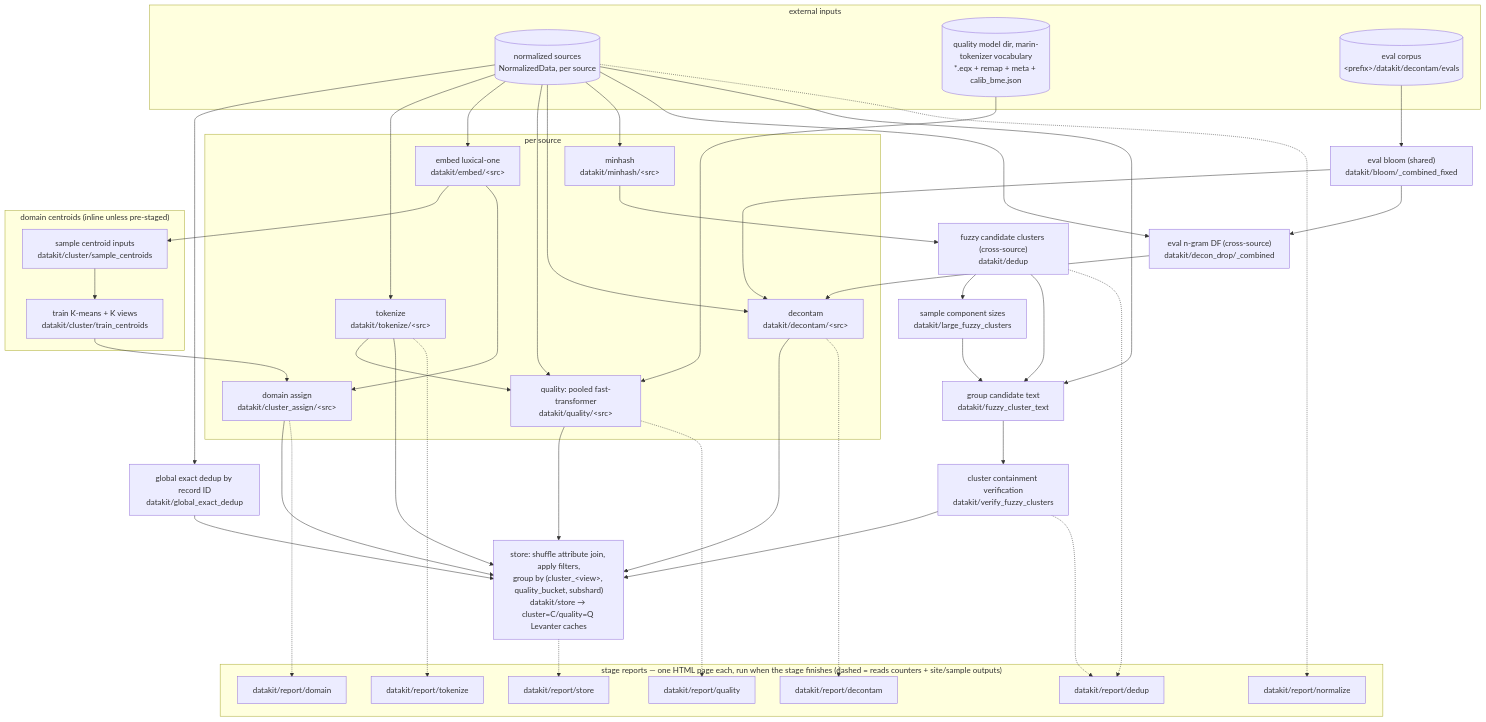
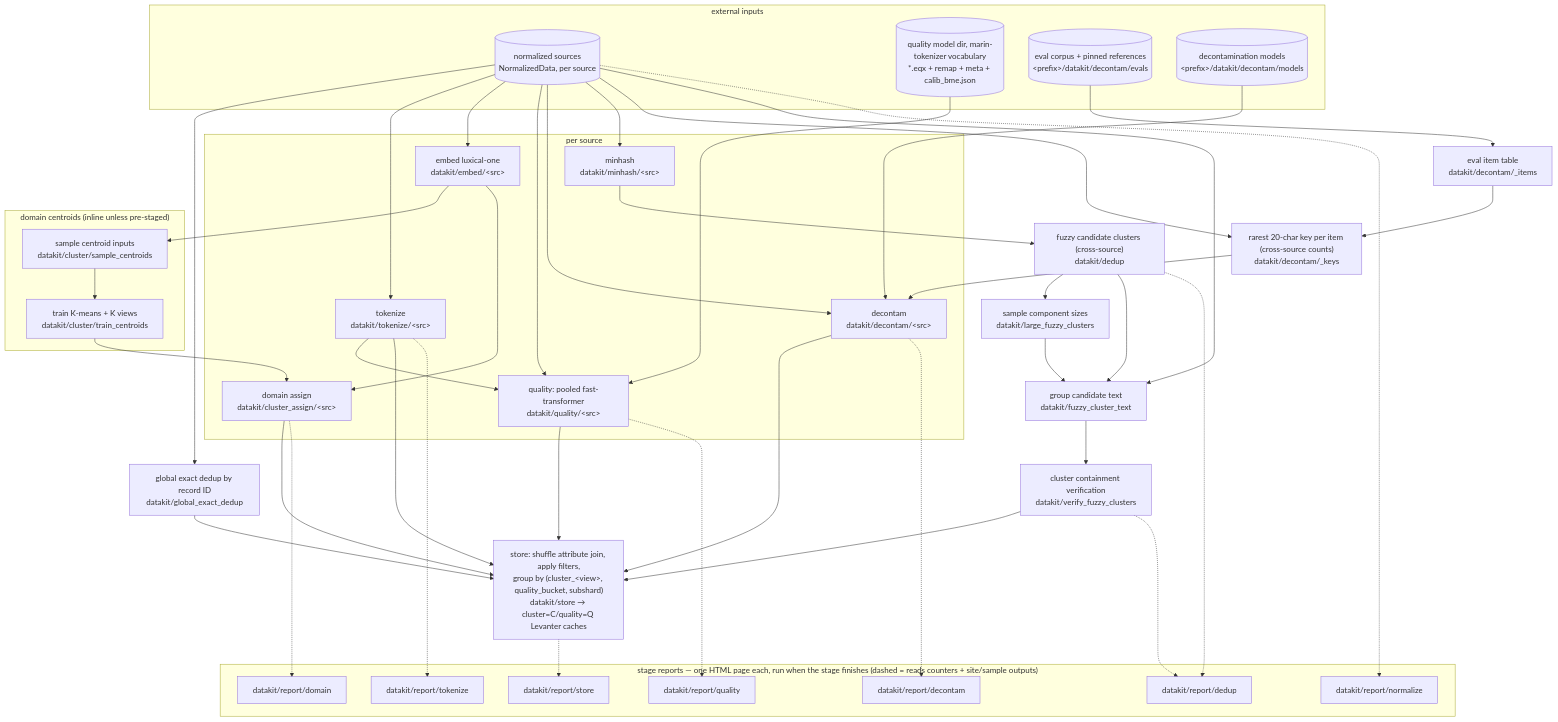
Before and after one commit to marin-community/marin: the diagram in experiments/datakit/README.md, drawn with Mermaid. The commit also changed other lines of this file and 42 other files, not shown here.

First line of the commit message:
[decontam] Replace the bloom filter with the two-stage encoder method

````diff
--- a/experiments/datakit/README.md
+++ b/experiments/datakit/README.md
@@ -93,75 +93,76 @@
 ```mermaid
 flowchart TD
     subgraph inputs["external inputs"]
         SRC[("normalized sources<br/>NormalizedData, per source")]
         MODEL[("quality model dir, marin-tokenizer vocabulary<br/>*.eqx + remap + meta + calib_bme.json")]
-        EVALS[("eval corpus<br/>&lt;prefix&gt;/datakit/decontam/evals")]
+        EVALS[("eval corpus + pinned references<br/>&lt;prefix&gt;/datakit/decontam/evals")]
+        DMODELS[("decontamination models<br/>&lt;prefix&gt;/datakit/decontam/models")]
     end
 
     subgraph per_source["per source"]
         TOK["tokenize<br/>datakit/tokenize/&lt;src&gt;"]
         EMB["embed luxical-one<br/>datakit/embed/&lt;src&gt;"]
         ASG["domain assign<br/>datakit/cluster_assign/&lt;src&gt;"]
         QUAL["quality: pooled fast-transformer<br/>datakit/quality/&lt;src&gt;"]
         DECON["decontam<br/>datakit/decontam/&lt;src&gt;"]
         MH["minhash<br/>datakit/minhash/&lt;src&gt;"]
     end
 
     subgraph domain_model["domain centroids (inline unless pre-staged)"]
         SAMP["sample centroid inputs<br/>datakit/cluster/sample_centroids"]
         KM["train K-means + K views<br/>datakit/cluster/train_centroids"]
     end
 
-    BLOOM["eval bloom (shared)<br/>datakit/bloom/_combined_fixed"]
-    DF["eval n-gram DF (cross-source)<br/>datakit/decon_drop/_combined"]
+    ITEMS["eval item table<br/>datakit/decontam/_items"]
+    KEYS["rarest 20-char key per item (cross-source counts)<br/>datakit/decontam/_keys"]
     EXACT["global exact dedup by record ID<br/>datakit/global_exact_dedup"]
     DEDUP["fuzzy candidate clusters (cross-source)<br/>datakit/dedup"]
     PLAN["sample component sizes<br/>datakit/large_fuzzy_clusters"]
     TEXT["group candidate text<br/>datakit/fuzzy_cluster_text"]
     VERIFY["cluster containment verification<br/>datakit/verify_fuzzy_clusters"]
     STORE["store: shuffle attribute join, apply filters,<br/>group by (cluster_&lt;view&gt;, quality_bucket, subshard)<br/>datakit/store → cluster=C/quality=Q Levanter caches"]
 
     SRC --> EXACT
     SRC --> TOK
     SRC --> EMB
     SRC --> QUAL
     TOK --> QUAL
     SRC --> DECON
     SRC --> MH
     MODEL --> QUAL
-    EVALS --> BLOOM --> DF --> DECON
-    SRC --> DF
-    BLOOM --> DECON
+    EVALS --> ITEMS --> KEYS --> DECON
+    SRC --> KEYS
+    DMODELS --> DECON
     EMB --> SAMP --> KM --> ASG
     EMB --> ASG
     MH --> DEDUP
     DEDUP --> PLAN --> TEXT
     SRC --> TEXT
     DEDUP --> TEXT
     TEXT --> VERIFY
     TOK --> STORE
     ASG --> STORE
     QUAL --> STORE
     DECON --> STORE
     EXACT --> STORE
     VERIFY --> STORE
 
     subgraph reports["stage reports — one HTML page each, run when the stage finishes (dashed = reads counters + site/sample outputs)"]
         RN["datakit/report/normalize"]
         RT["datakit/report/tokenize"]
         RQ["datakit/report/quality"]
         RD["datakit/report/domain"]
         RC["datakit/report/decontam"]
         RU["datakit/report/dedup"]
         RS["datakit/report/store"]
     end
 
     SRC -.-> RN
     TOK -.-> RT
     QUAL -.-> RQ
     ASG -.-> RD
     DECON -.-> RC
     DEDUP -.-> RU
     VERIFY -.-> RU
     STORE -.-> RS
 ```
````
